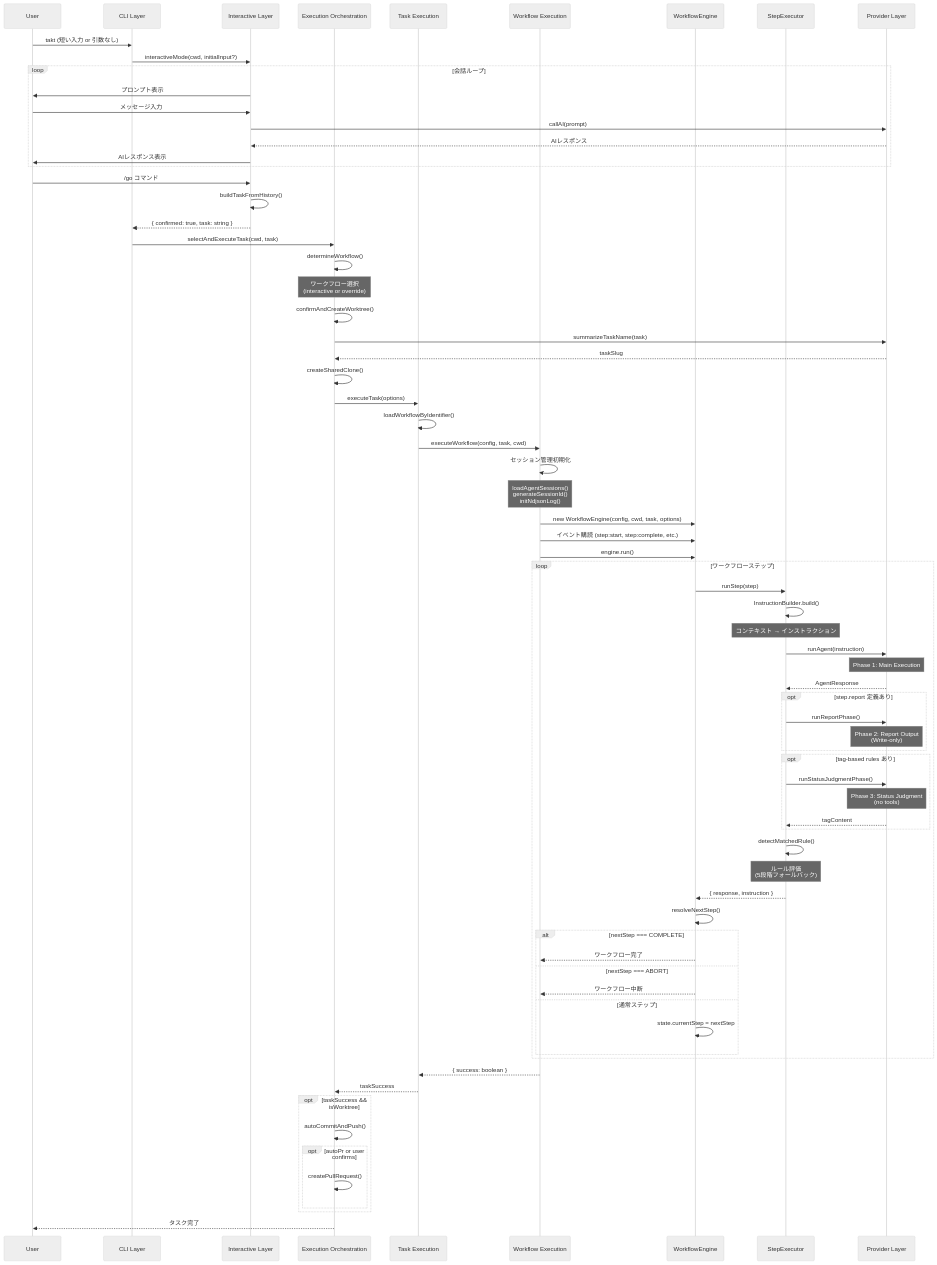
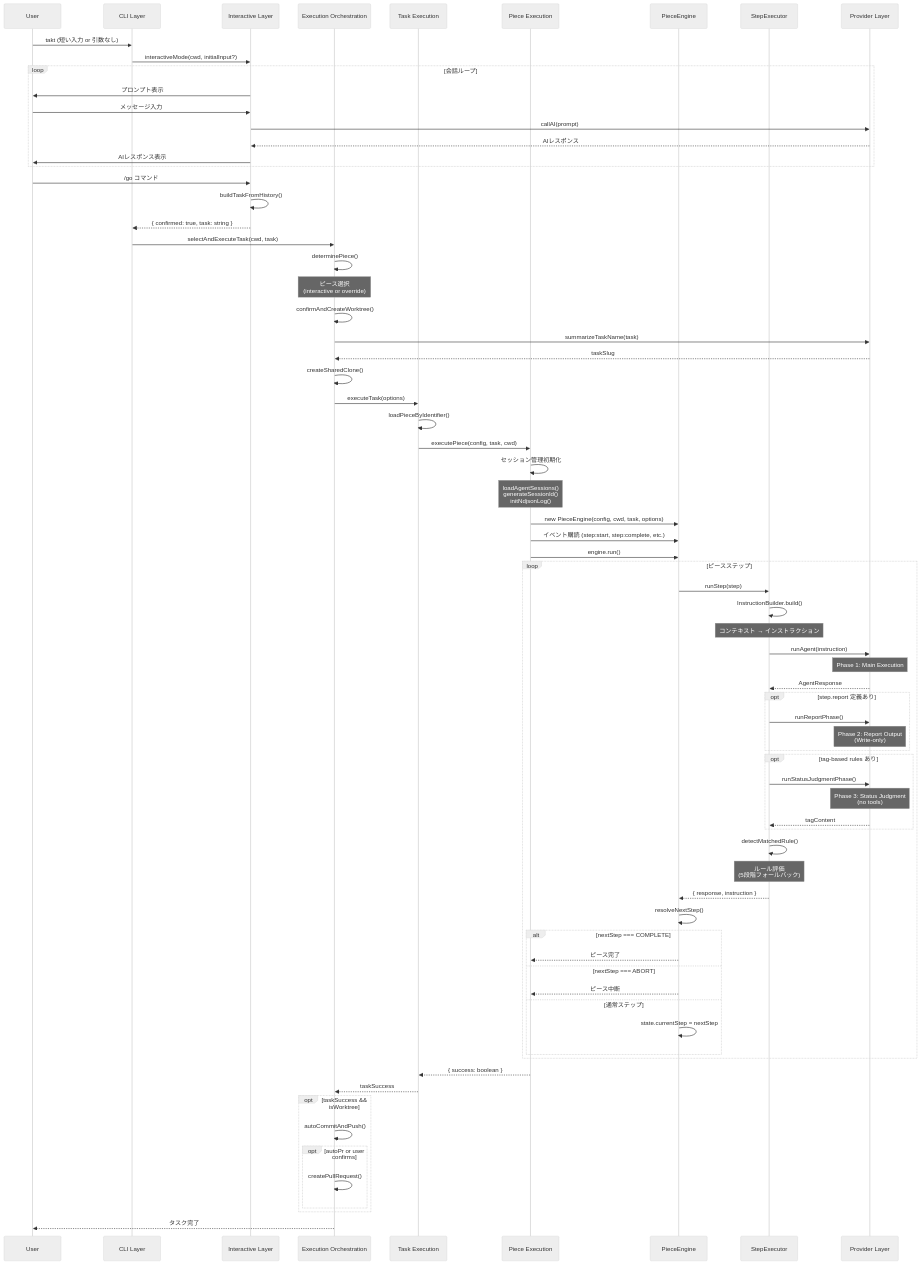
The first of 6 diagrams in docs/data-flow-diagrams.md (taiseimiyaji/takt), drawn with Mermaid (neutral theme) before and after one commit. The commit also changed other lines of this file and 231 other files, not shown here.

```diff
--- a/docs/data-flow-diagrams.md
+++ b/docs/data-flow-diagrams.md
@@ -20,8 +20,8 @@
     participant Interactive as Interactive Layer
     participant Orchestration as Execution Orchestration
     participant TaskExec as Task Execution
-    participant WorkflowExec as Workflow Execution
-    participant Engine as WorkflowEngine
+    participant PieceExec as Piece Execution
+    participant Engine as PieceEngine
     participant StepExec as StepExecutor
     participant Provider as Provider Layer
 
@@ -42,8 +42,8 @@
 
     CLI->>Orchestration: selectAndExecuteTask(cwd, task)
 
-    Orchestration->>Orchestration: determineWorkflow()
-    Note over Orchestration: ワークフロー選択<br/>(interactive or override)
+    Orchestration->>Orchestration: determinePiece()
+    Note over Orchestration: ピース選択<br/>(interactive or override)
 
     Orchestration->>Orchestration: confirmAndCreateWorktree()
     Orchestration->>Provider: summarizeTaskName(task)
@@ -51,17 +51,17 @@
     Orchestration->>Orchestration: createSharedClone()
 
     Orchestration->>TaskExec: executeTask(options)
-    TaskExec->>TaskExec: loadWorkflowByIdentifier()
-    TaskExec->>WorkflowExec: executeWorkflow(config, task, cwd)
+    TaskExec->>TaskExec: loadPieceByIdentifier()
+    TaskExec->>PieceExec: executePiece(config, task, cwd)
 
-    WorkflowExec->>WorkflowExec: セッション管理初期化
-    Note over WorkflowExec: loadAgentSessions()<br/>generateSessionId()<br/>initNdjsonLog()
+    PieceExec->>PieceExec: セッション管理初期化
+    Note over PieceExec: loadAgentSessions()<br/>generateSessionId()<br/>initNdjsonLog()
 
-    WorkflowExec->>Engine: new WorkflowEngine(config, cwd, task, options)
-    WorkflowExec->>Engine: イベント購読 (step:start, step:complete, etc.)
-    WorkflowExec->>Engine: engine.run()
+    PieceExec->>Engine: new PieceEngine(config, cwd, task, options)
+    PieceExec->>Engine: イベント購読 (step:start, step:complete, etc.)
+    PieceExec->>Engine: engine.run()
 
-    loop ワークフローステップ
+    loop ピースステップ
         Engine->>StepExec: runStep(step)
 
         StepExec->>StepExec: InstructionBuilder.build()
@@ -89,15 +89,15 @@
         Engine->>Engine: resolveNextStep()
 
         alt nextStep === COMPLETE
-            Engine-->>WorkflowExec: ワークフロー完了
+            Engine-->>PieceExec: ピース完了
         else nextStep === ABORT
-            Engine-->>WorkflowExec: ワークフロー中断
+            Engine-->>PieceExec: ピース中断
         else 通常ステップ
             Engine->>Engine: state.currentStep = nextStep
         end
     end
 
-    WorkflowExec-->>TaskExec: { success: boolean }
+    PieceExec-->>TaskExec: { success: boolean }
     TaskExec-->>Orchestration: taskSuccess
 
     opt taskSuccess && isWorktree
```
